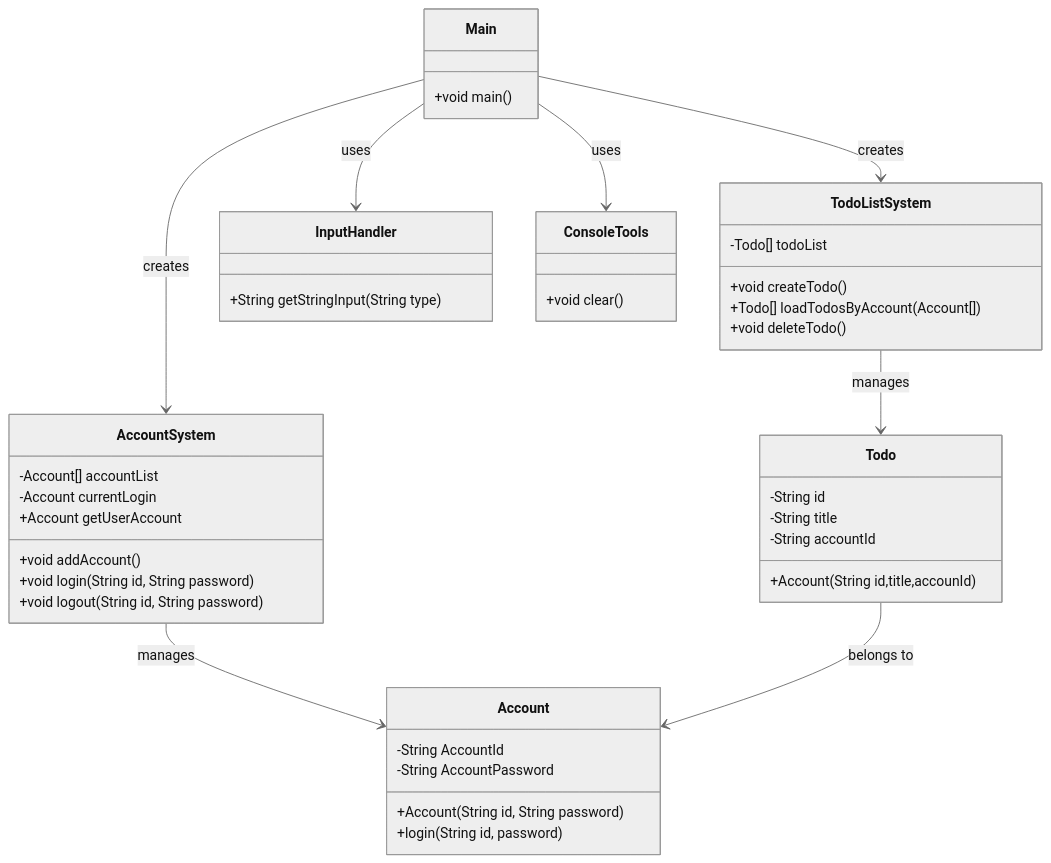
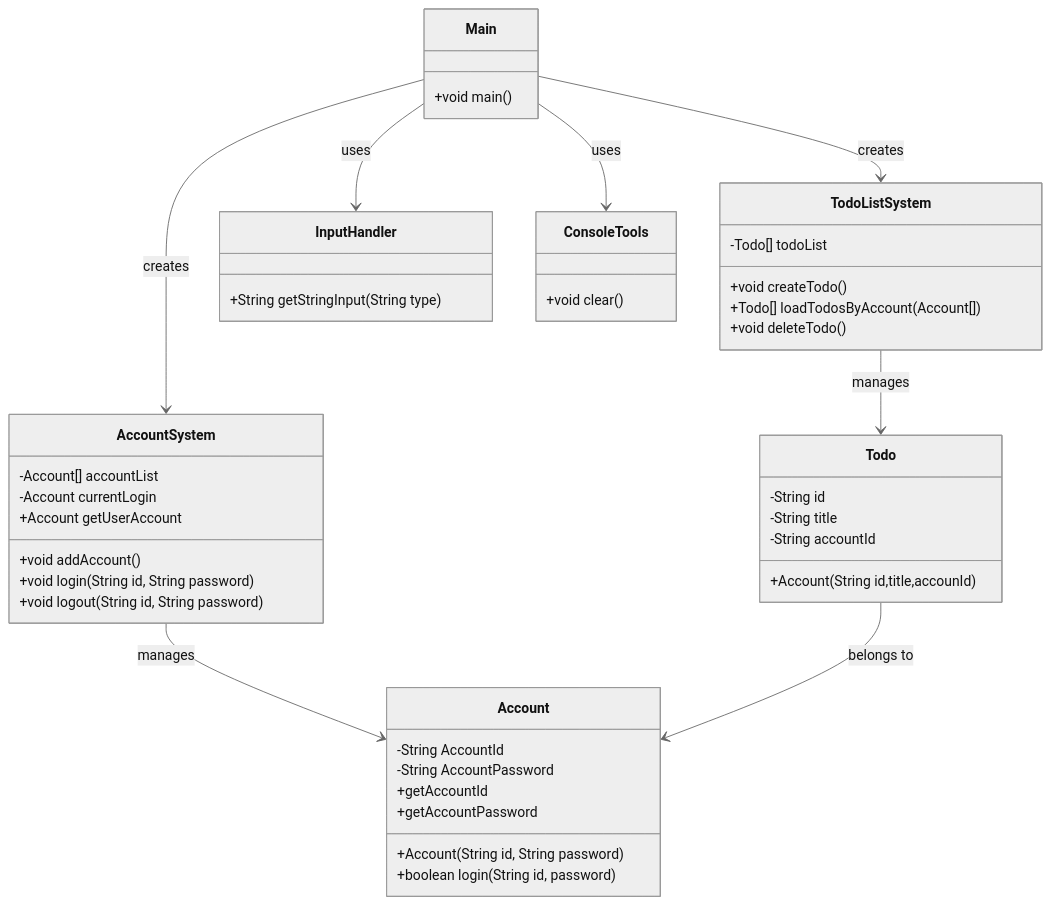
One commit to gwongibeom/java_scratch changed the diagram in src/TodoListWithAccountSystem/todo-list-class-diagram.mermaid. Above: the diagram before and after it, drawn with Mermaid (neutral theme). The commit also changed 2 other files, not shown here.

Commit message:
(개발) Account 클래스 게터 추가 및 문서 반영

```diff
--- a/src/TodoListWithAccountSystem/todo-list-class-diagram.mermaid
+++ b/src/TodoListWithAccountSystem/todo-list-class-diagram.mermaid
@@ -1,50 +1,53 @@
 classDiagram
     class Todo {
         -String id
         -String title
         -String accountId
         +Account(String id,title,accounId)
     }
 
     class TodoListSystem {
         -Todo[] todoList
         +void createTodo()
         +Todo[] loadTodosByAccount(Account[])
         +void deleteTodo()
     }
 
     class Account {
         -String AccountId
         -String AccountPassword
         +Account(String id, String password)
-        +login(String id, password)
+        +boolean login(String id, password)
+        +getAccountId
+        +getAccountPassword
+
     }
 
     class AccountSystem {
         -Account[] accountList
         -Account currentLogin
         +void addAccount()
         +Account getUserAccount
         +void login(String id, String password)
         +void logout(String id, String password)
     }
 
     class InputHandler {
         +String getStringInput(String type)
     }
 
     class ConsoleTools {
         +void clear()
     }
 
     class Main {
         +void main()
     }
 
     Main --> AccountSystem : creates
     Main --> TodoListSystem : creates
     Main --> InputHandler : uses
     Main --> ConsoleTools : uses
     TodoListSystem --> Todo : manages
     AccountSystem --> Account : manages
     Todo --> Account : belongs to
```
